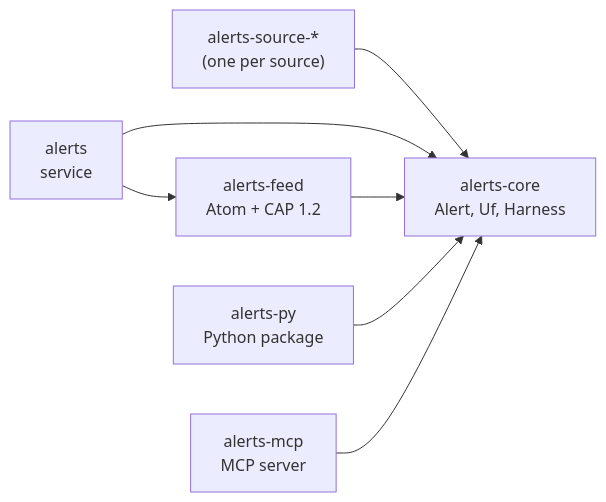
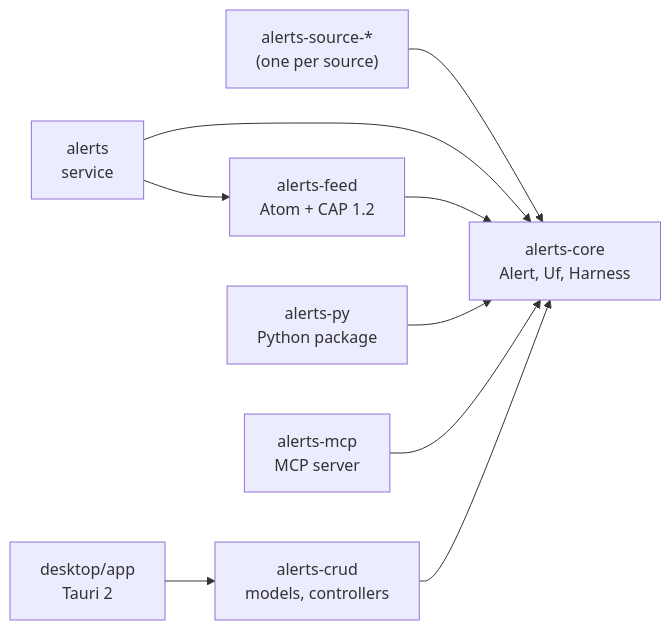
Before and after one commit to piabrota/alerts: the diagram in README.md, drawn with Mermaid. The commit also changed other lines of this file and 61 other files, not shown here.

First line of the commit message:
feat: app desktop em Tauri 2 com CRUDs no estilo do Loco (#22)

````diff
--- a/README.md
+++ b/README.md
@@ -129,10 +129,12 @@
 ```mermaid
 %% figure: crates
 %% title: Which crates exist, and which crate depends on which?
 flowchart LR
     S["alerts-source-*<br/>(one per source)"] --> C["alerts-core<br/>Alert, Uf, Harness"]
     D["alerts<br/>service"] --> C
     D --> F["alerts-feed<br/>Atom + CAP 1.2"] --> C
     P["alerts-py<br/>Python package"] --> C
     M["alerts-mcp<br/>MCP server"] --> C
+    R["alerts-crud<br/>models, controllers"] --> C
+    T["desktop/app<br/>Tauri 2"] --> R
 ```
````
